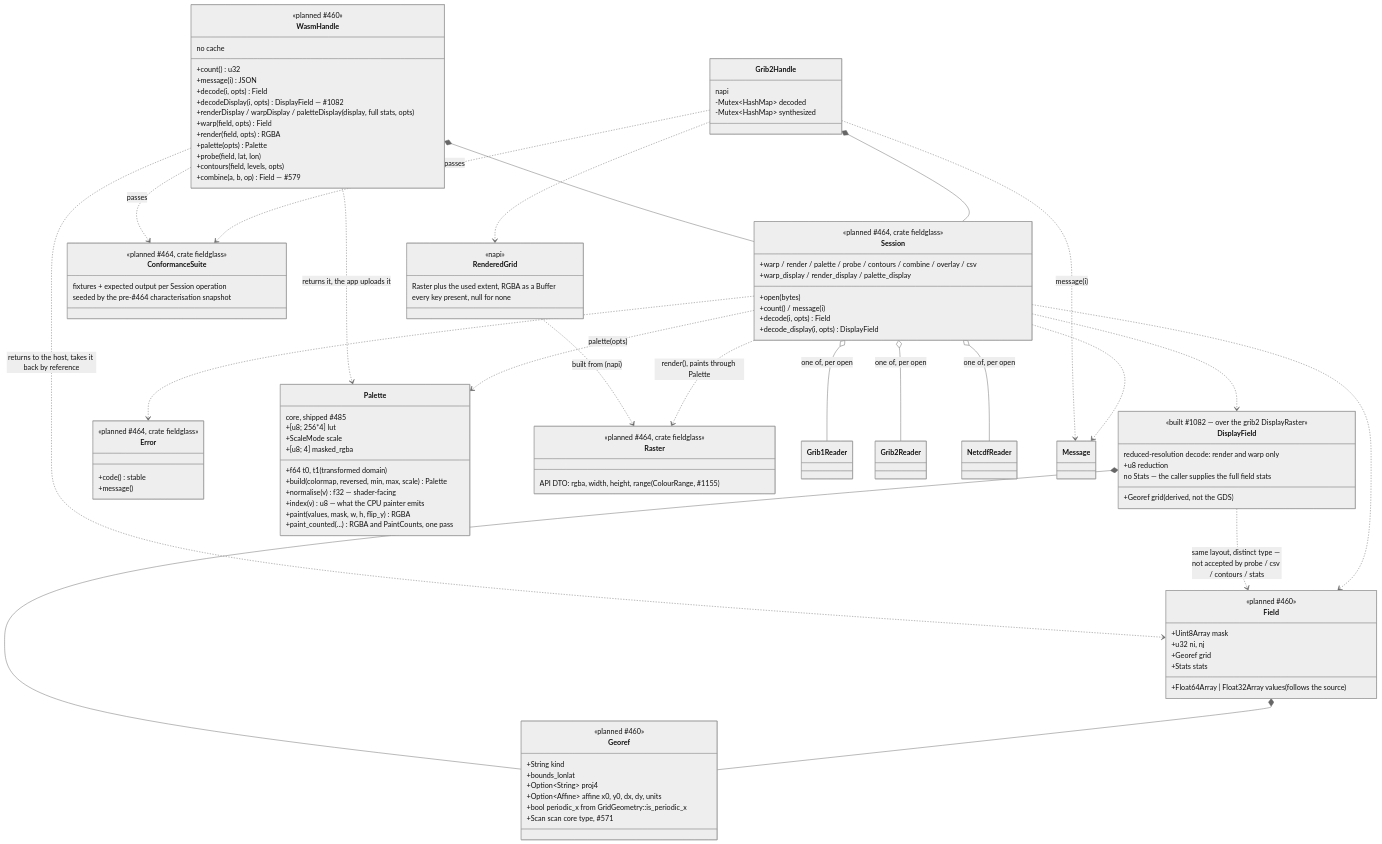
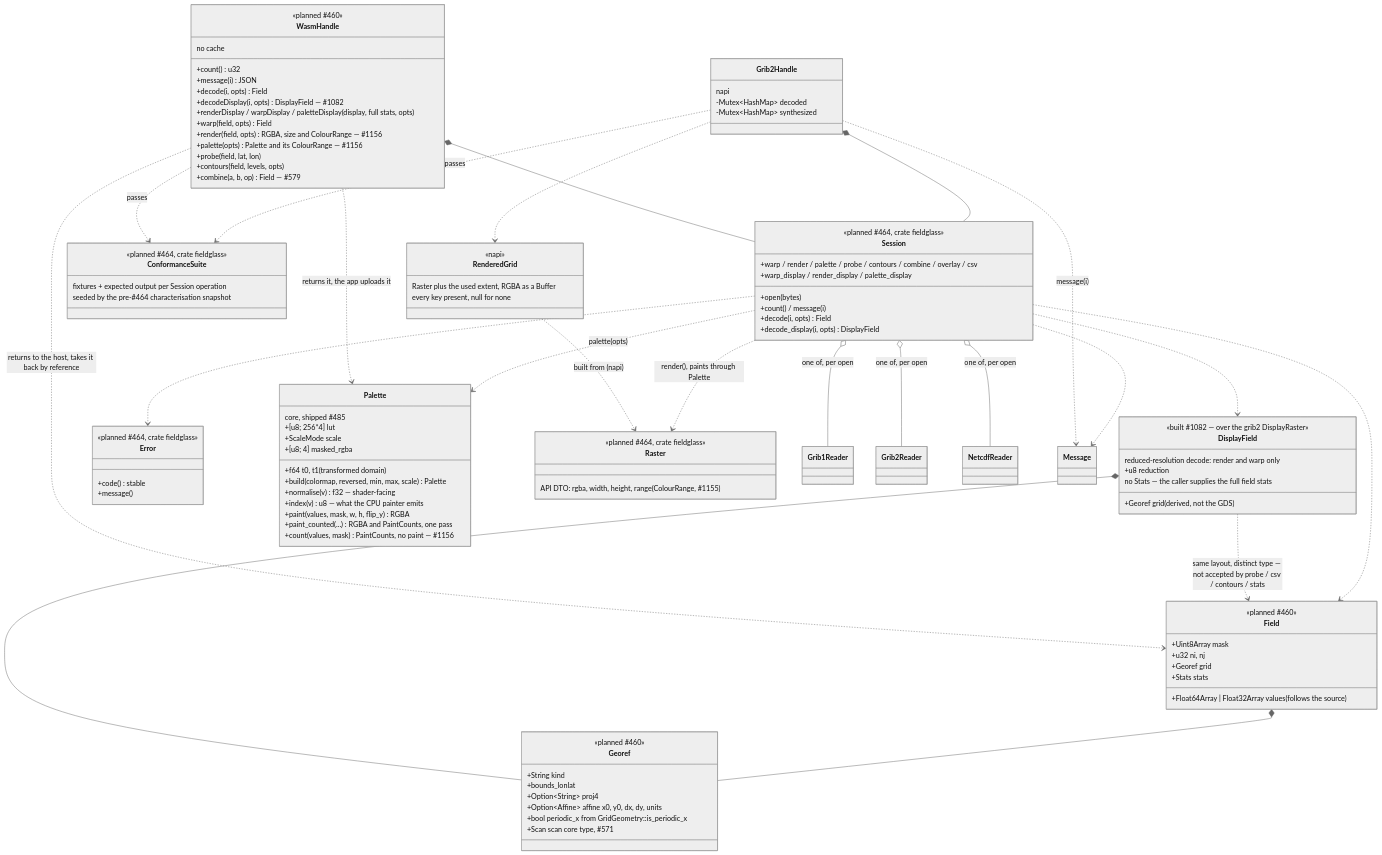
One commit to D0ubleD0uble/fieldglass changed the fourth of 4 diagrams in docs/architecture/planned/03-composition.md. Above: the diagram before and after it, drawn with Mermaid (neutral theme). The commit also changed other lines of this file and 9 other files, not shown here.

First line of the commit message:
feat(fieldglass-wasm): the browser module reports the colour range it used

```diff
--- a/docs/architecture/planned/03-composition.md
+++ b/docs/architecture/planned/03-composition.md
@@ -240,8 +240,8 @@
         +decodeDisplay(i, opts) DisplayField — #1082
         +renderDisplay / warpDisplay / paletteDisplay(display, full stats, opts)
         +warp(field, opts) Field
-        +render(field, opts) RGBA
-        +palette(opts) Palette
+        +render(field, opts) RGBA, size and ColourRange — #1156
+        +palette(opts) Palette and its ColourRange — #1156
         +probe(field, lat, lon)
         +contours(field, levels, opts)
         +combine(a, b, op) Field — #579
@@ -300,6 +300,7 @@
         +index(v) u8 — what the CPU painter emits
         +paint(values, mask, w, h, flip_y) RGBA
         +paint_counted(...) RGBA and PaintCounts, one pass
+        +count(values, mask) PaintCounts, no paint — #1156
     }
     class RenderedGrid {
         <<napi>>
```
